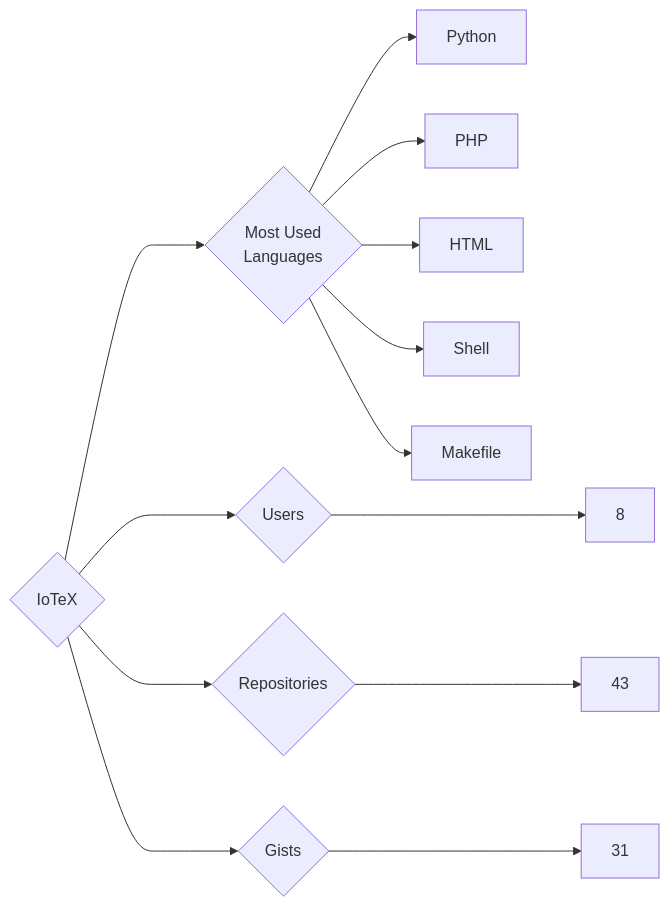
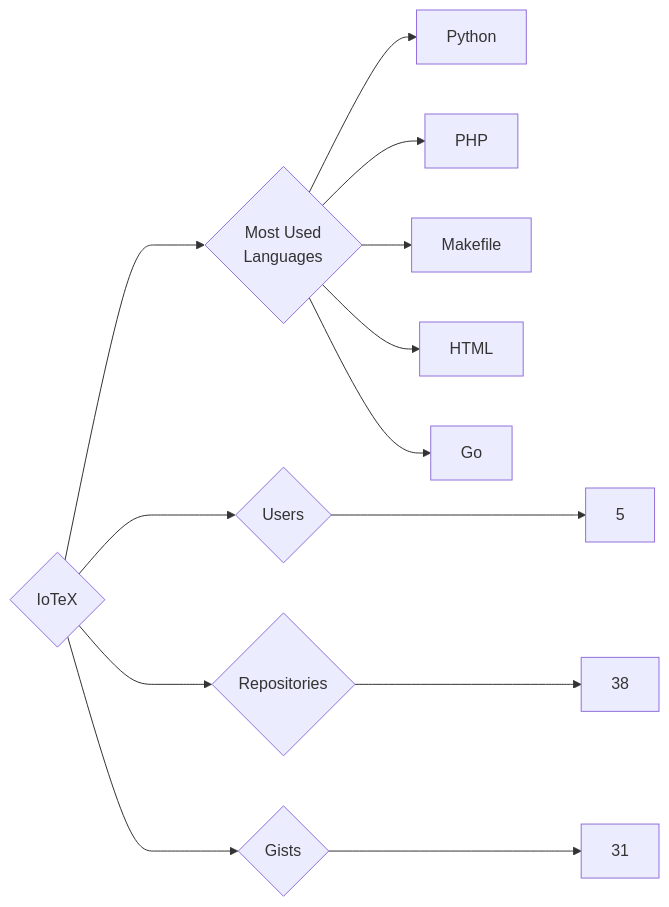
Before and after one commit to trickest/insiders: the diagram in targets/IoTeX/README.md, drawn with Mermaid. The commit also changed 1120 other files, not shown here.

````diff
--- a/targets/IoTeX/README.md
+++ b/targets/IoTeX/README.md
@@ -3,13 +3,13 @@
 ```mermaid
 graph LR
 COMPANY_NAME{IoTeX}
-COMPANY_NAME ---> U{Users} ---> UN[8]
-COMPANY_NAME ---> R{Repositories} ---> RN[43]
+COMPANY_NAME ---> U{Users} ---> UN[5]
+COMPANY_NAME ---> R{Repositories} ---> RN[38]
 COMPANY_NAME ---> G{Gists} ---> GN[31]
 COMPANY_NAME ---> ML{Most Used<br>Languages}
 ML --> Python[Python]
 ML --> PHP[PHP]
+ML --> Makefile[Makefile]
 ML --> HTML[HTML]
-ML --> Shell[Shell]
-ML --> Makefile[Makefile]
+ML --> Go[Go]
 ```
````
